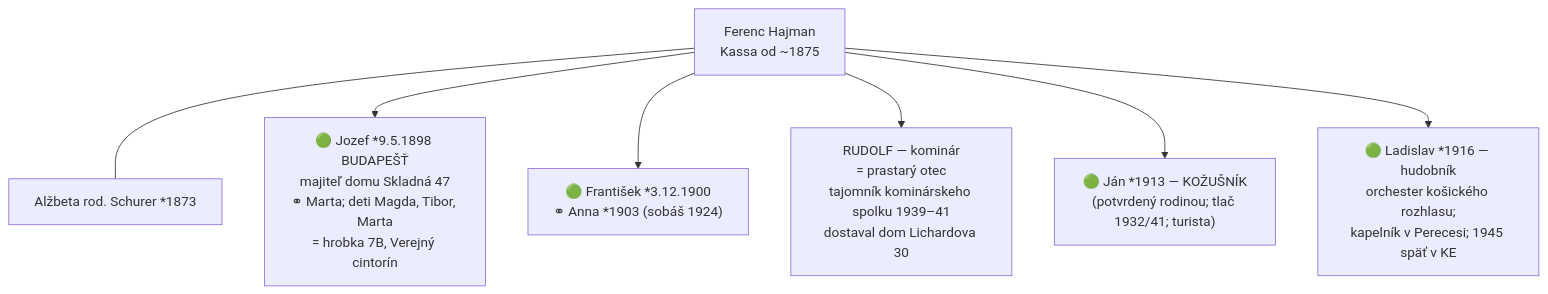
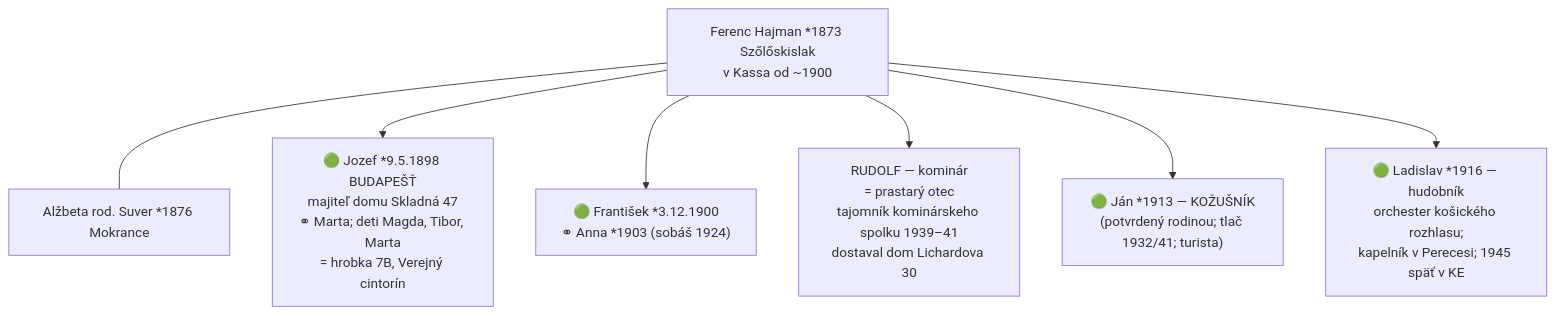
The fifth of 6 diagrams in docs/rodokmen.md (vrusi/genealogia), drawn with Mermaid before and after one commit. The commit also changed other lines of this file and 1 other file, not shown here.

````diff
--- a/docs/rodokmen.md
+++ b/docs/rodokmen.md
@@ -152,9 +159,9 @@
 ```mermaid
 graph TD
-  FH["Ferenc Hajman<br>Kassa od ~1875"] --- ASch["Alžbeta rod. Schurer *1873"]
+  FH["Ferenc Hajman *1873 Szőlőskislak<br>v Kassa od ~1900"] --- ASch["Alžbeta rod. Suver *1876 Mokrance"]
   FH --> J98["🟢 Jozef *9.5.1898 BUDAPEŠŤ<br>majiteľ domu Skladná 47<br>⚭ Marta; deti Magda, Tibor, Marta<br>= hrobka 7B, Verejný cintorín"]
   FH --> F00["🟢 František *3.12.1900<br>⚭ Anna *1903 (sobáš 1924)"]
   FH --> RH2["RUDOLF — kominár<br>= prastarý otec<br>tajomník kominárskeho spolku 1939–41<br>dostaval dom Lichardova 30"]
   FH --> J13["🟢 Ján *1913 — KOŽUŠNÍK<br>(potvrdený rodinou; tlač 1932/41; turista)"]
   FH --> L16["🟢 Ladislav *1916 — hudobník<br>orchester košického rozhlasu;<br>kapelník v Perecesi; 1945 späť v KE"]
 ```
````
